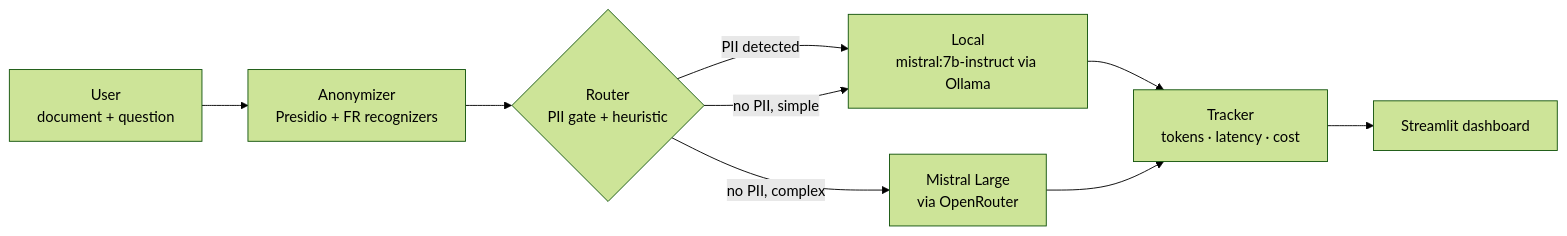
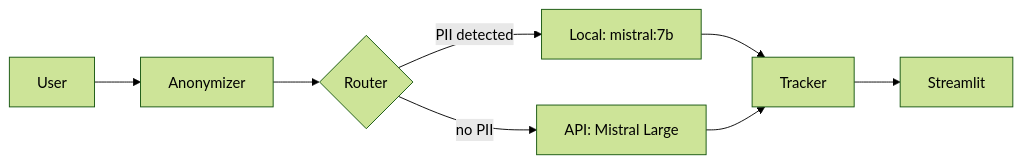
The diagram in README.md (devarmiche/pii-aware-llm-router), drawn with Mermaid (forest theme) before and after one commit. The commit also changed other lines of this file, not shown here.

````diff
--- a/README.md
+++ b/README.md
@@ -9,11 +5,7 @@
 ```mermaid
 flowchart LR
-    U[User<br/>document + question] --> A[Anonymizer<br/>Presidio + FR recognizers]
-    A --> R{Router<br/>PII gate + heuristic}
-    R -->|PII detected| L[Local<br/>mistral:7b-instruct via Ollama]
-    R -->|no PII, complex| M[Mistral Large<br/>via OpenRouter]
-    R -->|no PII, simple| L
-    L --> T[Tracker<br/>tokens · latency · cost]
-    M --> T
-    T --> S[Streamlit dashboard]
+    U[User] --> A[Anonymizer] --> R{Router}
+    R -->|PII detected| L[Local: mistral:7b]
+    R -->|no PII| M[API: Mistral Large]
+    L & M --> T[Tracker] --> S[Streamlit]
 ```
````
